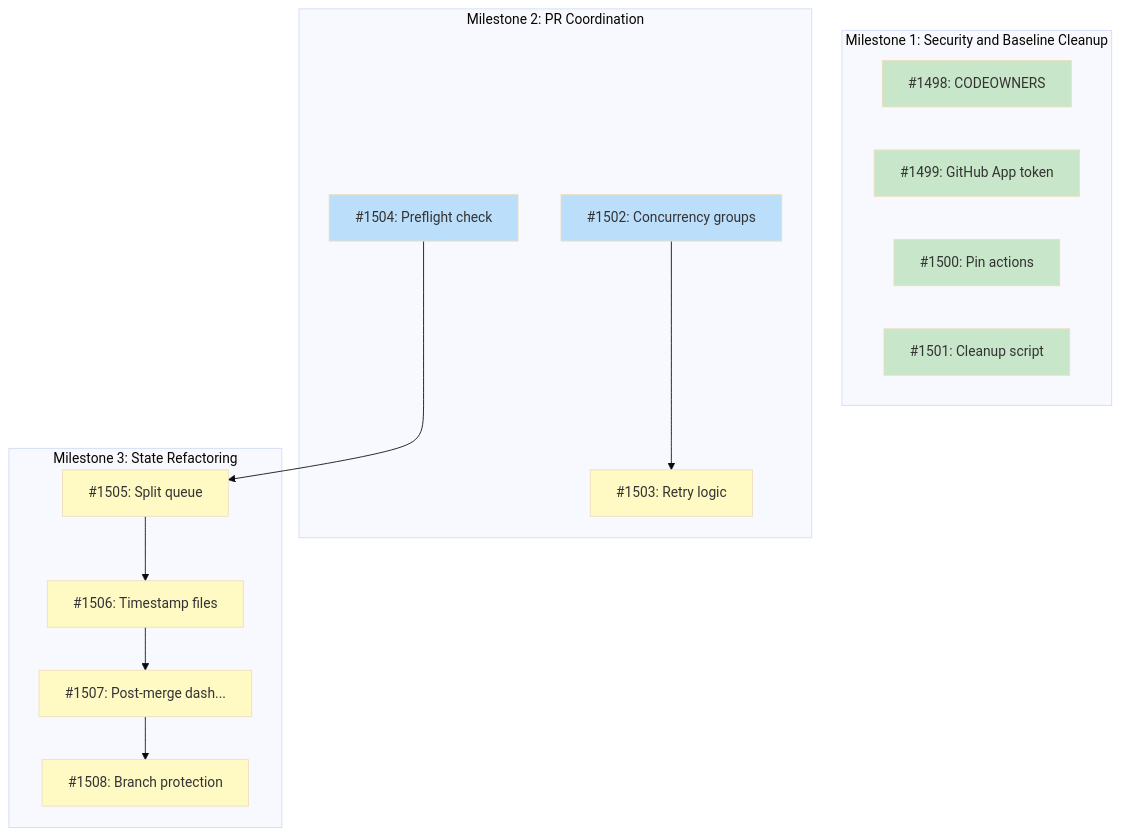
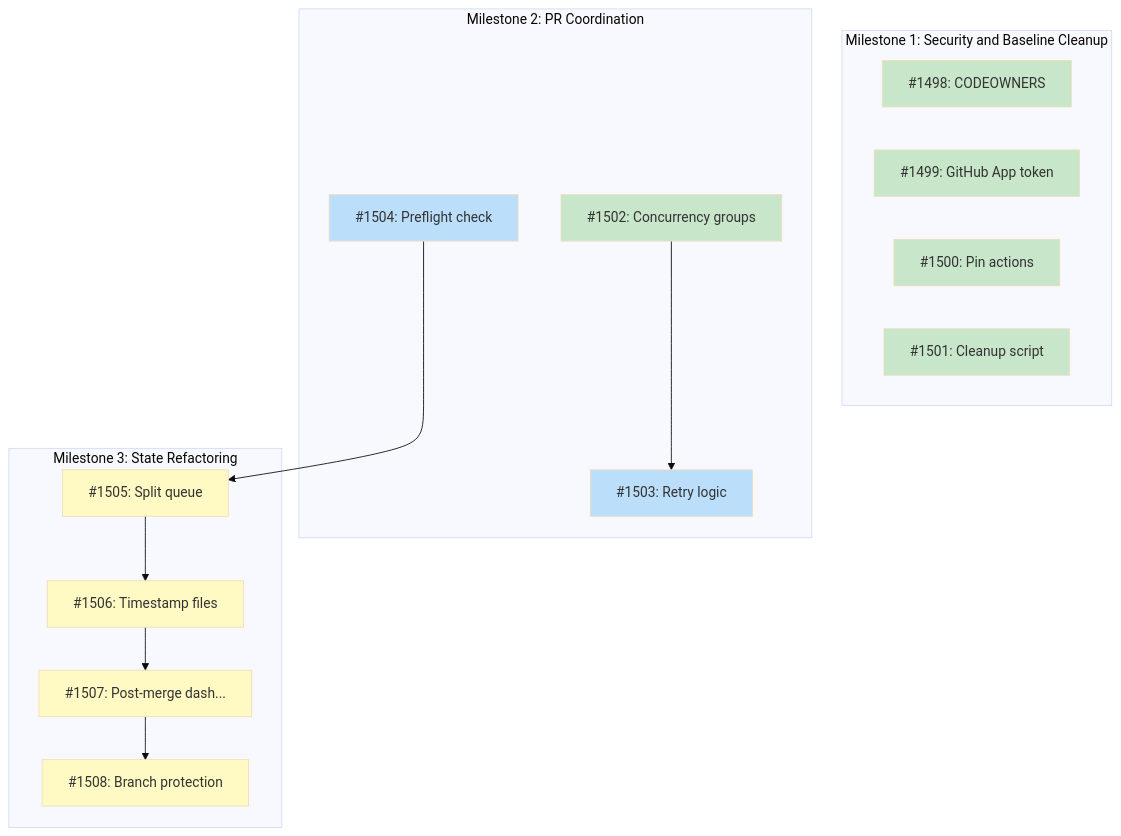
One commit to tsukumogami/tsuku changed the diagram in docs/designs/DESIGN-batch-pr-coordination.md. Above: the diagram before and after it, drawn with Mermaid (base theme). The commit also changed other lines of this file, not shown here.

Commit message:
docs(design): mark issue #1502 as complete
Updates DESIGN-batch-pr-coordination.md to reflect completion of
concurrency groups for queue and batch-control operations:
- Strikethrough issue #1502 in Implementation Issues table
- Strikethrough #1502 dependency link in issue #1503
- Update dependency graph: move I1502 from ready to done class
- Update dependency graph: move I1503 from blocked to ready class
  (dependency #1502 is now complete)

Phase 0 complete (4/4), Phase 1 in progress (1/3):
- Phase 0: #1498 ✓, #1499 ✓, #1500 ✓, #1501 ✓
- Phase 1: #1502 ✓, #1503 ready, #1504 ready

````diff
--- a/docs/designs/DESIGN-batch-pr-coordination.md
+++ b/docs/designs/DESIGN-batch-pr-coordination.md
@@ -80,37 +80,37 @@
 ```mermaid
 graph TD
     subgraph M1["Milestone 1: Security and Baseline Cleanup"]
         I1498["#1498: CODEOWNERS"]
         I1499["#1499: GitHub App token"]
         I1500["#1500: Pin actions"]
         I1501["#1501: Cleanup script"]
     end
 
     subgraph M2["Milestone 2: PR Coordination"]
         I1502["#1502: Concurrency groups"]
         I1503["#1503: Retry logic"]
         I1504["#1504: Preflight check"]
     end
 
     subgraph M3["Milestone 3: State Refactoring"]
         I1505["#1505: Split queue"]
         I1506["#1506: Timestamp files"]
         I1507["#1507: Post-merge dash..."]
         I1508["#1508: Branch protection"]
     end
 
     I1502 --> I1503
     I1504 --> I1505
     I1505 --> I1506
     I1506 --> I1507
     I1507 --> I1508
 
     classDef done fill:#c8e6c9
     classDef ready fill:#bbdefb
     classDef blocked fill:#fff9c4
     classDef needsDesign fill:#e1bee7
 
-    class I1498,I1499,I1500,I1501 done
-    class I1502,I1504 ready
-    class I1503,I1505,I1506,I1507,I1508 blocked
+    class I1498,I1499,I1500,I1501,I1502 done
+    class I1503,I1504 ready
+    class I1505,I1506,I1507,I1508 blocked
 ```
````
